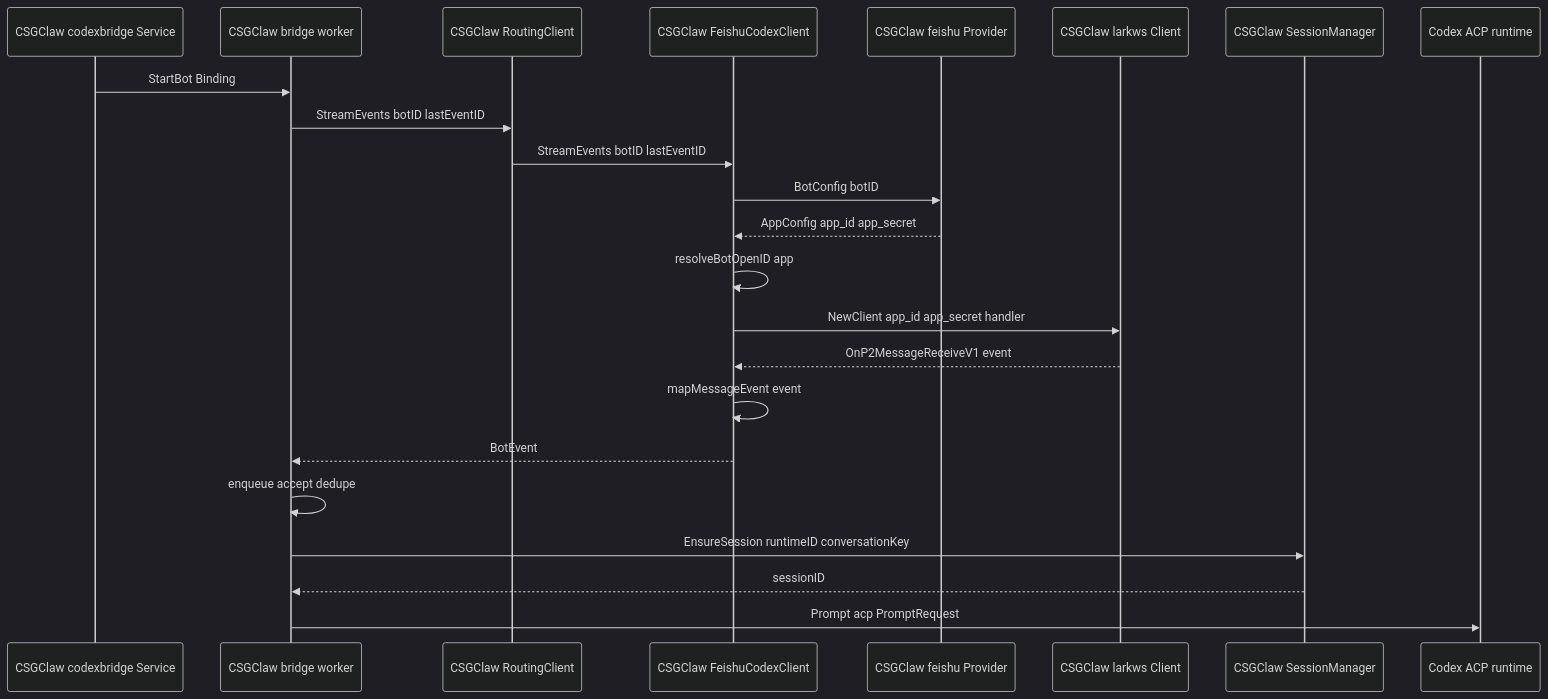
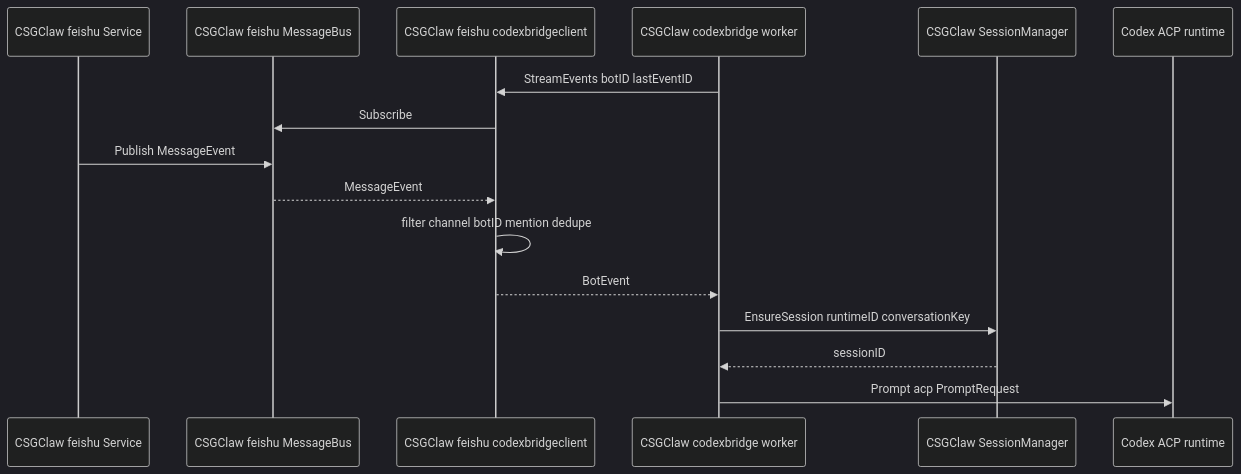
One commit to GatewayJ/csgclaw changed the tenth of 12 diagrams in docs/channel/codex-feishu.zh.md. Above: the diagram before and after it, drawn with Mermaid (dark theme). The commit also changed other lines of this file, not shown here.

Commit message:
docs: align codex feishu bridge boundaries

````diff
--- a/docs/channel/codex-feishu.zh.md
+++ b/docs/channel/codex-feishu.zh.md
@@ -429,26 +378,19 @@
 ```mermaid
 sequenceDiagram
-    participant Bridge as CSGClaw codexbridge Service
-    participant Worker as CSGClaw bridge worker
-    participant Router as CSGClaw RoutingClient
-    participant Client as CSGClaw FeishuCodexClient
-    participant Provider as CSGClaw feishu Provider
-    participant LarkWS as CSGClaw larkws Client
+    participant Service as CSGClaw feishu Service
+    participant Bus as CSGClaw feishu MessageBus
+    participant Adapter as CSGClaw feishu codexbridgeclient
+    participant Bridge as CSGClaw codexbridge worker
     participant Session as CSGClaw SessionManager
     participant Codex as Codex ACP runtime
 
-    Bridge->>Worker: StartBot Binding
-    Worker->>Router: StreamEvents botID lastEventID
-    Router->>Client: StreamEvents botID lastEventID
-    Client->>Provider: BotConfig botID
-    Provider-->>Client: AppConfig app_id app_secret
-    Client->>Client: resolveBotOpenID app
-    Client->>LarkWS: NewClient app_id app_secret handler
-    LarkWS-->>Client: OnP2MessageReceiveV1 event
-    Client->>Client: mapMessageEvent event
-    Client-->>Worker: BotEvent
-    Worker->>Worker: enqueue accept dedupe
-    Worker->>Session: EnsureSession runtimeID conversationKey
-    Session-->>Worker: sessionID
-    Worker->>Codex: Prompt acp PromptRequest
+    Bridge->>Adapter: StreamEvents botID lastEventID
+    Adapter->>Bus: Subscribe
+    Service->>Bus: Publish MessageEvent
+    Bus-->>Adapter: MessageEvent
+    Adapter->>Adapter: filter channel botID mention dedupe
+    Adapter-->>Bridge: BotEvent
+    Bridge->>Session: EnsureSession runtimeID conversationKey
+    Session-->>Bridge: sessionID
+    Bridge->>Codex: Prompt acp PromptRequest
 ```
````
